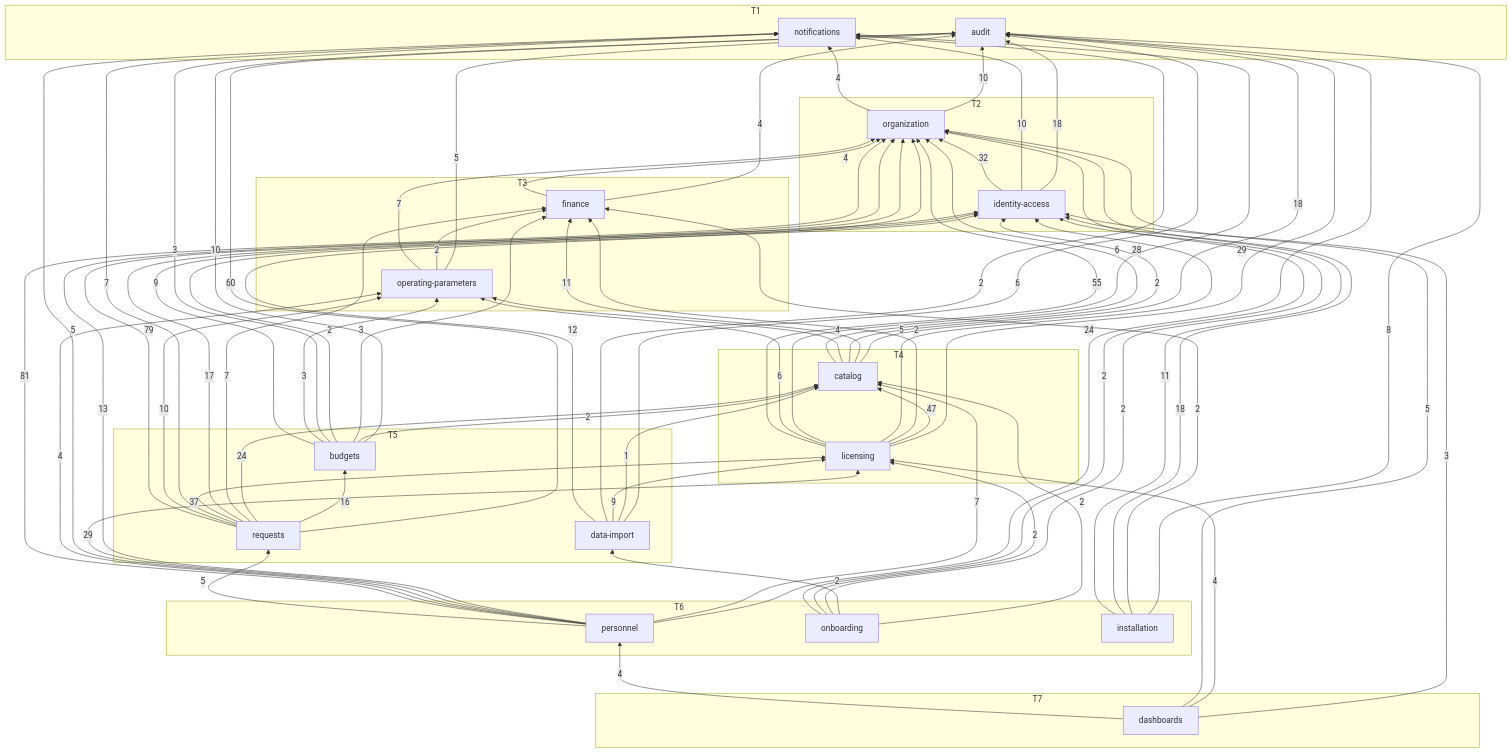
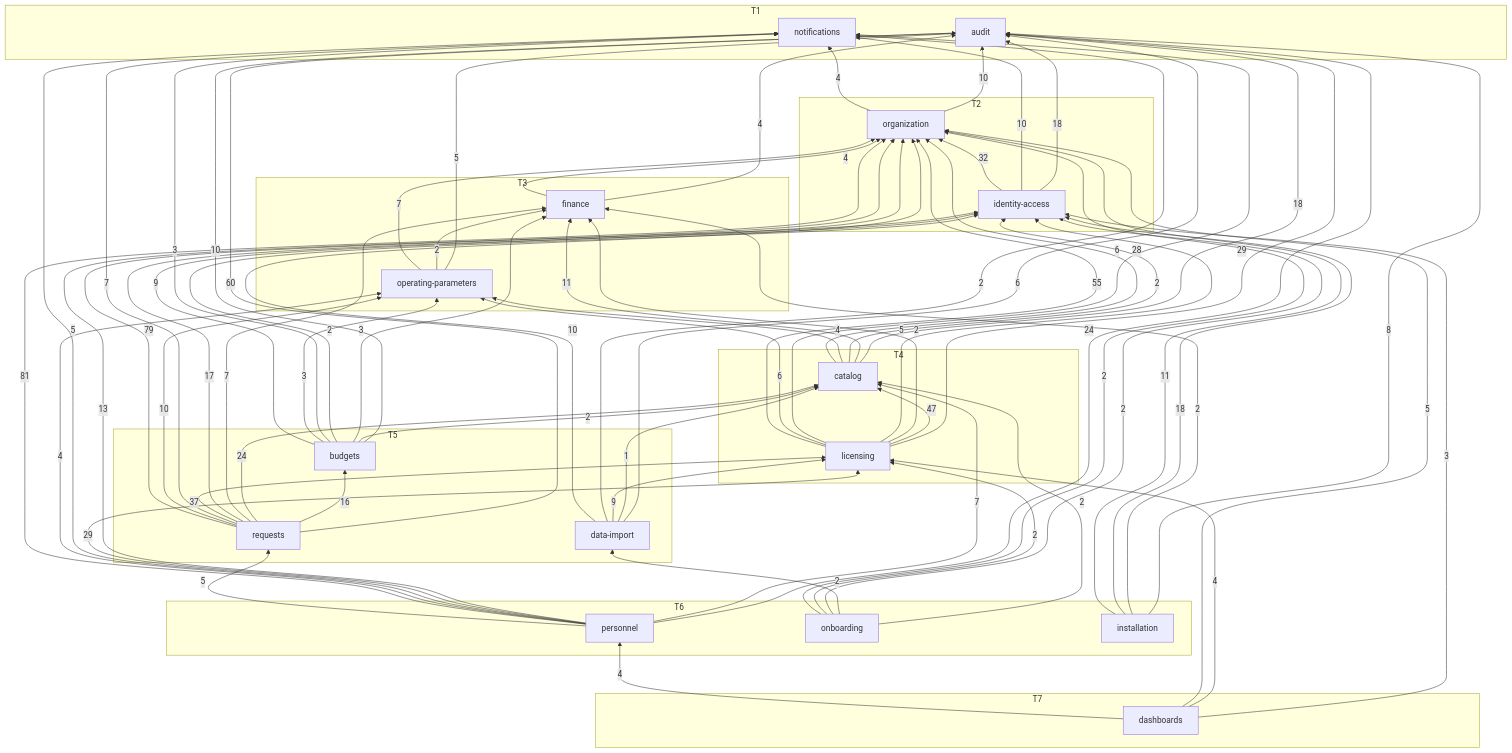
One commit to SEP490-FALL2026/BE-dev changed the diagram in docs/generated/module-graph.md. Above: the diagram before and after it, drawn with Mermaid. The commit also changed 6 other files, not shown here.

Commit message:
qd93-remove-hr-basis-org-writes task 2.4: narrow the shared HR basis types to /projects, regenerate OpenAPI and module graph

```diff
--- a/docs/generated/module-graph.md
+++ b/docs/generated/module-graph.md
@@ -54,7 +54,7 @@
   data_import -->|1| catalog
   data_import -->|9| licensing
   data_import -->|2| notifications
-  data_import -->|12| organization
+  data_import -->|10| organization
   finance -->|4| audit
   finance -->|4| organization
   identity_access -->|18| audit
```
